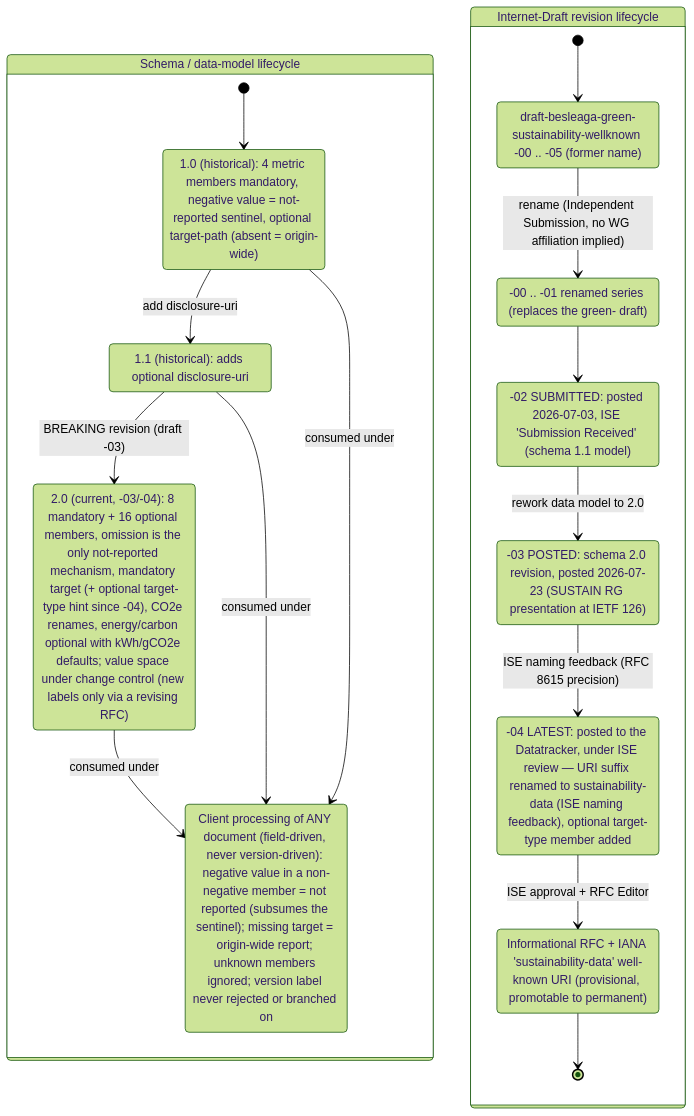
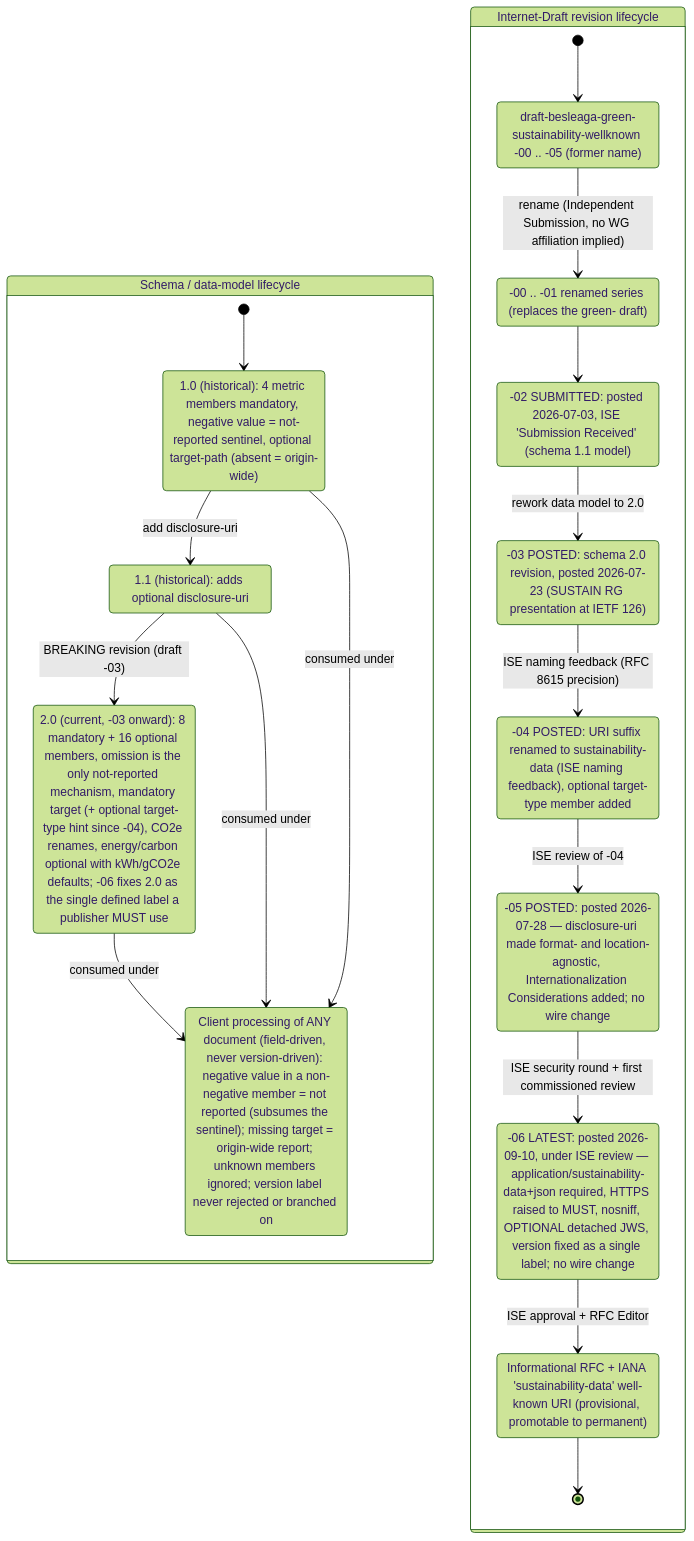
Before and after one commit to andreibesleaga/rfc-sustainability-wellknown: the fifth of 10 diagrams in architecture/README.md, drawn with Mermaid (forest theme). The commit also changed other lines of this file and 15 other files, not shown here.

Commit message:
docs: align with posted -06; gateway: pipeline figure on the index page

````diff
--- a/architecture/README.md
+++ b/architecture/README.md
@@ -404,33 +408,37 @@
 ```mermaid
 stateDiagram-v2
     state "Schema / data-model lifecycle" as SCHEMA {
         state "1.0 (historical): 4 metric members mandatory, negative value = not-reported sentinel, optional target-path (absent = origin-wide)" as V10
         state "1.1 (historical): adds optional disclosure-uri" as V11
-        state "2.0 (current, -03/-04): 8 mandatory + 16 optional members, omission is the only not-reported mechanism, mandatory target (+ optional target-type hint since -04), CO2e renames, energy/carbon optional with kWh/gCO2e defaults; value space under change control (new labels only via a revising RFC)" as V20
+        state "2.0 (current, -03 onward): 8 mandatory + 16 optional members, omission is the only not-reported mechanism, mandatory target (+ optional target-type hint since -04), CO2e renames, energy/carbon optional with kWh/gCO2e defaults; -06 fixes 2.0 as the single defined label a publisher MUST use" as V20
         state "Client processing of ANY document (field-driven, never version-driven): negative value in a non-negative member = not reported (subsumes the sentinel); missing target = origin-wide report; unknown members ignored; version label never rejected or branched on" as COMPAT
 
         [*] --> V10
         V10 --> V11 : add disclosure-uri
         V11 --> V20 : BREAKING revision (draft -03)
         V20 --> COMPAT : consumed under
         V11 --> COMPAT : consumed under
         V10 --> COMPAT : consumed under
     }
 
     state "Internet-Draft revision lifecycle" as DRAFT {
         state "draft-besleaga-green-sustainability-wellknown -00 .. -05 (former name)" as GREEN
         state "-00 .. -01 renamed series (replaces the green- draft)" as EARLY
         state "-02 SUBMITTED: posted 2026-07-03, ISE 'Submission Received' (schema 1.1 model)" as SUBMITTED
         state "-03 POSTED: schema 2.0 revision, posted 2026-07-23 (SUSTAIN RG presentation at IETF 126)" as POSTED
-        state "-04 LATEST: posted to the Datatracker, under ISE review — URI suffix renamed to sustainability-data (ISE naming feedback), optional target-type member added" as POSTED4
+        state "-04 POSTED: URI suffix renamed to sustainability-data (ISE naming feedback), optional target-type member added" as POSTED4
+        state "-05 POSTED: posted 2026-07-28 — disclosure-uri made format- and location-agnostic, Internationalization Considerations added; no wire change" as POSTED5
+        state "-06 LATEST: posted 2026-09-10, under ISE review — application/sustainability-data+json required, HTTPS raised to MUST, nosniff, OPTIONAL detached JWS, version fixed as a single label; no wire change" as POSTED6
         state "Informational RFC + IANA 'sustainability-data' well-known URI (provisional, promotable to permanent)" as RFC
 
         [*] --> GREEN
         GREEN --> EARLY : rename (Independent Submission, no WG affiliation implied)
         EARLY --> SUBMITTED
         SUBMITTED --> POSTED : rework data model to 2.0
         POSTED --> POSTED4 : ISE naming feedback (RFC 8615 precision)
-        POSTED4 --> RFC : ISE approval + RFC Editor
+        POSTED4 --> POSTED5 : ISE review of -04
+        POSTED5 --> POSTED6 : ISE security round + first commissioned review
+        POSTED6 --> RFC : ISE approval + RFC Editor
         RFC --> [*]
     }
 ```
````
